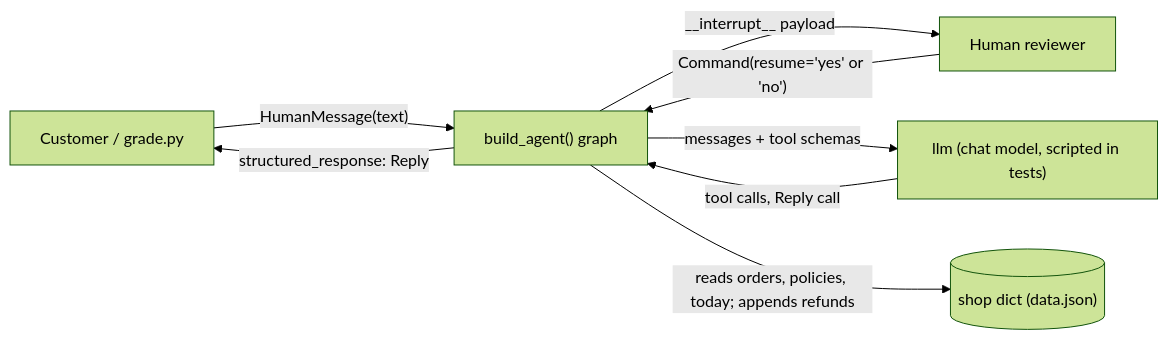
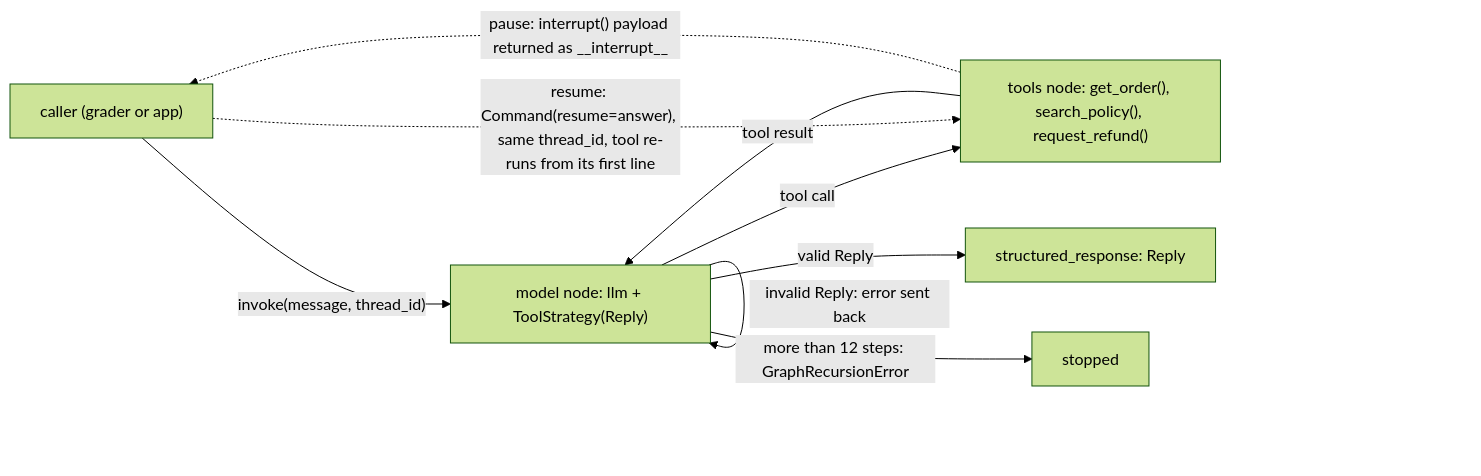
The diagram in practice/reference/sample-run/README.md (BrianMills2718/interview-kit), drawn with Mermaid (forest theme) before and after one commit. The commit also changed other lines of this file and 18 other files, not shown here.

First line of the commit message:
[Goal kit-v3-diagram-set] New practice sample with the agent-loop diagrams; kit fixes from its dry run

````diff
--- a/practice/reference/sample-run/README.md
+++ b/practice/reference/sample-run/README.md
@@ -32,10 +32,11 @@
 ```mermaid
 flowchart LR
-  Customer["Customer / grade.py"] -->|"HumanMessage(text)"| Agent["build_agent() graph"]
-  Reviewer["Human reviewer"] -->|"Command(resume='yes' or 'no')"| Agent
-  Agent -->|"__interrupt__ payload"| Reviewer
-  Agent -->|"messages + tool schemas"| LLM["llm (chat model, scripted in tests)"]
-  LLM -->|"tool calls, Reply call"| Agent
-  Agent -->|"reads orders, policies, today; appends refunds"| Shop[("shop dict (data.json)")]
-  Agent -->|"structured_response: Reply"| Customer
+  Caller["caller (grader or app)"] -->|"invoke(message, thread_id)"| Model["model node: llm + ToolStrategy(Reply)"]
+  Model -->|"tool call"| Tools["tools node: get_order(), search_policy(), request_refund()"]
+  Tools -->|"tool result"| Model
+  Model -->|"invalid Reply: error sent back"| Model
+  Model -->|"valid Reply"| Out["structured_response: Reply"]
+  Model -->|"more than 12 steps: GraphRecursionError"| Stop["stopped"]
+  Tools -.->|"pause: interrupt() payload returned as __interrupt__"| Caller
+  Caller -.->|"resume: Command(resume=answer), same thread_id, tool re-runs from its first line"| Tools
 ```
````
